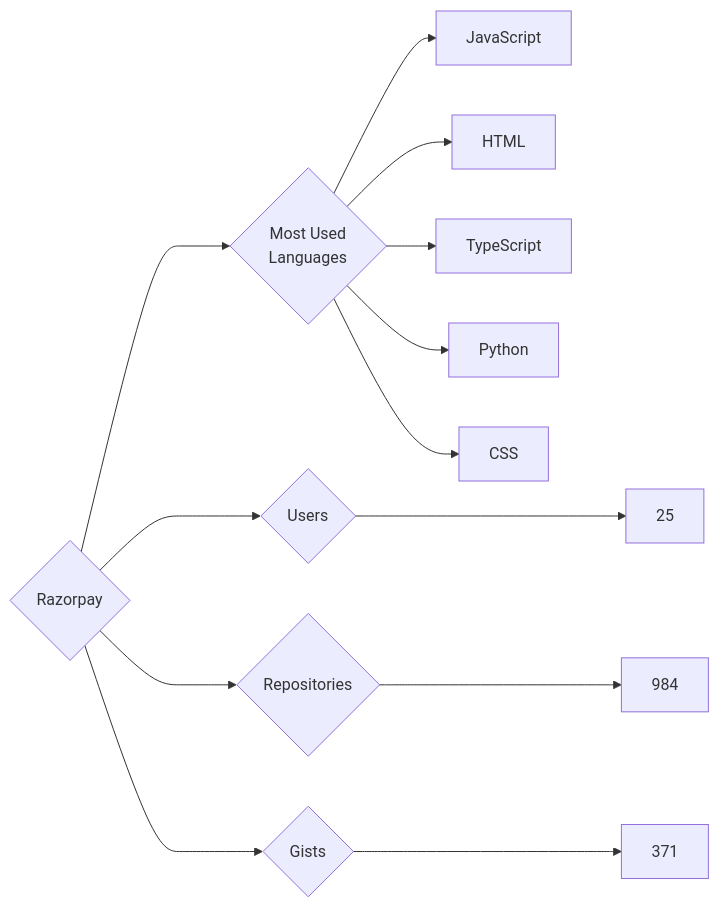
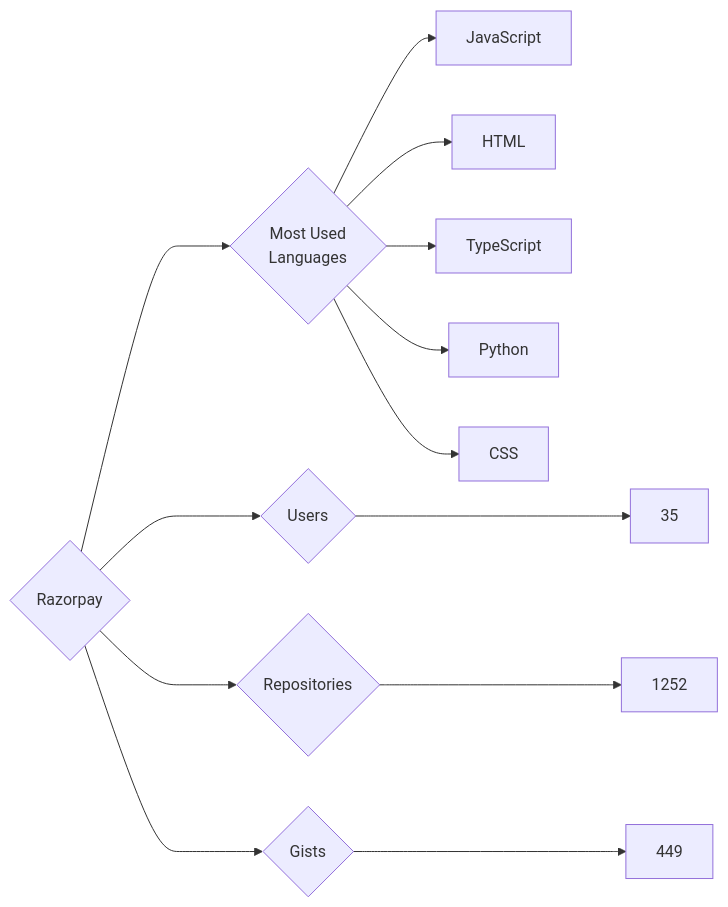
One commit to trickest/insiders changed the diagram in targets/Razorpay/README.md. Above: the diagram before and after it, drawn with Mermaid. The commit also changed 677 other files, not shown here.

````diff
--- a/targets/Razorpay/README.md
+++ b/targets/Razorpay/README.md
@@ -3,13 +3,13 @@
 ```mermaid
 graph LR
 COMPANY_NAME{Razorpay}
-COMPANY_NAME ---> U{Users} ---> UN[25]
-COMPANY_NAME ---> R{Repositories} ---> RN[984]
-COMPANY_NAME ---> G{Gists} ---> GN[371]
+COMPANY_NAME ---> U{Users} ---> UN[35]
+COMPANY_NAME ---> R{Repositories} ---> RN[1252]
+COMPANY_NAME ---> G{Gists} ---> GN[449]
 COMPANY_NAME ---> ML{Most Used<br>Languages}
 ML --> JavaScript[JavaScript]
 ML --> HTML[HTML]
 ML --> TypeScript[TypeScript]
 ML --> Python[Python]
 ML --> CSS[CSS]
 ```
````
